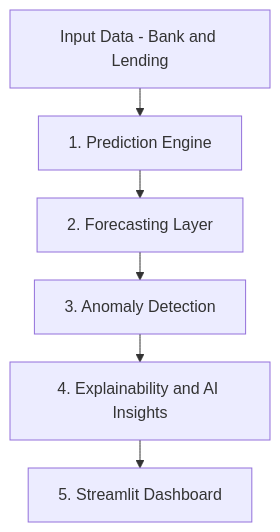
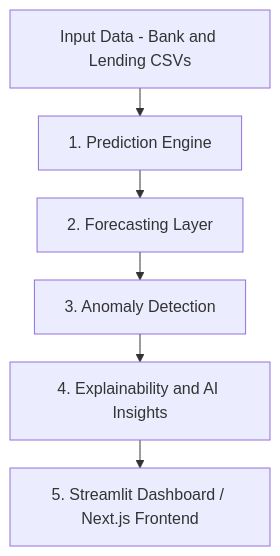
One commit to DevanshiGoyal/Finlytics changed the diagram in README.md. Above: the diagram before and after it, drawn with Mermaid. The commit also changed other lines of this file, not shown here.

````diff
--- a/README.md
+++ b/README.md
@@ -34,9 +42,9 @@
 ```mermaid
 %%{init: {"flowchart": {"useMaxWidth": false, "diagramPadding": 4, "nodeSpacing": 18, "rankSpacing": 28}}}%%
 flowchart TD
-    A[Input Data - Bank and Lending] --> B[1. Prediction Engine]
+    A[Input Data - Bank and Lending CSVs] --> B[1. Prediction Engine]
     B --> C[2. Forecasting Layer]
     C --> D[3. Anomaly Detection]
     D --> E[4. Explainability and AI Insights]
-    E --> F[5. Streamlit Dashboard]
+    E --> F[5. Streamlit Dashboard / Next.js Frontend]
 ```
````
